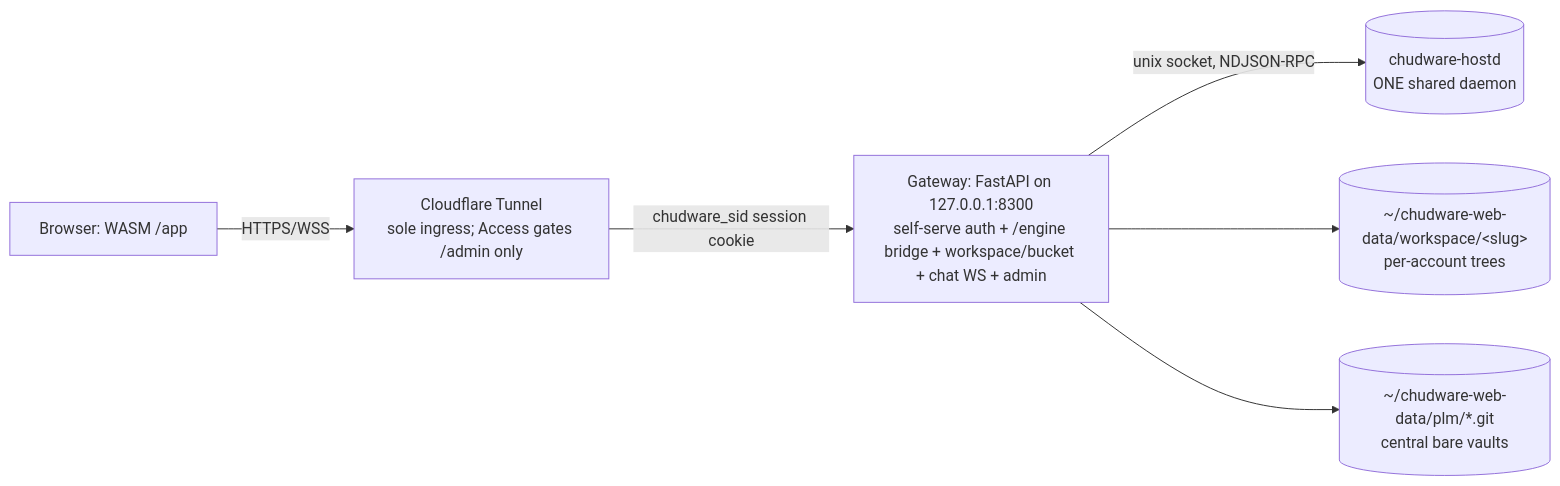
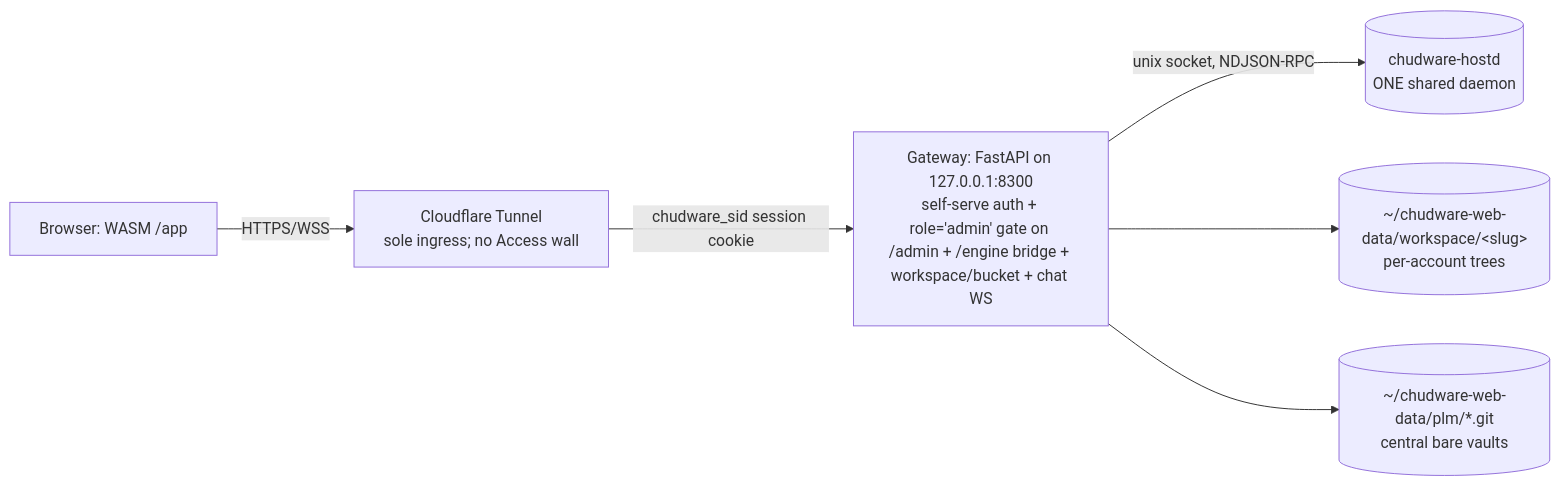
One commit to Hunter-124/Chudware changed the diagram in Webservice/DESIGN.md. Above: the diagram before and after it, drawn with Mermaid. The commit also changed 26 other files, not shown here.

Commit message:
web: account-system /admin door, per-account provider keys in the browser, iOS Lockdown preflight

````diff
--- a/Webservice/DESIGN.md
+++ b/Webservice/DESIGN.md
@@ -13,8 +13,8 @@
 ```mermaid
 flowchart LR
-  B[Browser: WASM /app] -->|HTTPS/WSS| CF[Cloudflare Tunnel\nsole ingress; Access gates /admin only]
-  CF -->|chudware_sid session cookie| GW[Gateway: FastAPI on 127.0.0.1:8300\nself-serve auth + /engine bridge + workspace/bucket + chat WS + admin]
+  B[Browser: WASM /app] -->|HTTPS/WSS| CF[Cloudflare Tunnel\nsole ingress; no Access wall]
+  CF -->|chudware_sid session cookie| GW[Gateway: FastAPI on 127.0.0.1:8300\nself-serve auth + role='admin' gate on /admin + /engine bridge + workspace/bucket + chat WS]
   GW -->|unix socket, NDJSON-RPC| WD[(chudware-hostd\nONE shared daemon)]
   GW --> WS[(~/chudware-web-data/workspace/&lt;slug&gt;\nper-account trees)]
   GW --> PLM[(~/chudware-web-data/plm/*.git\ncentral bare vaults)]
 ```
````
